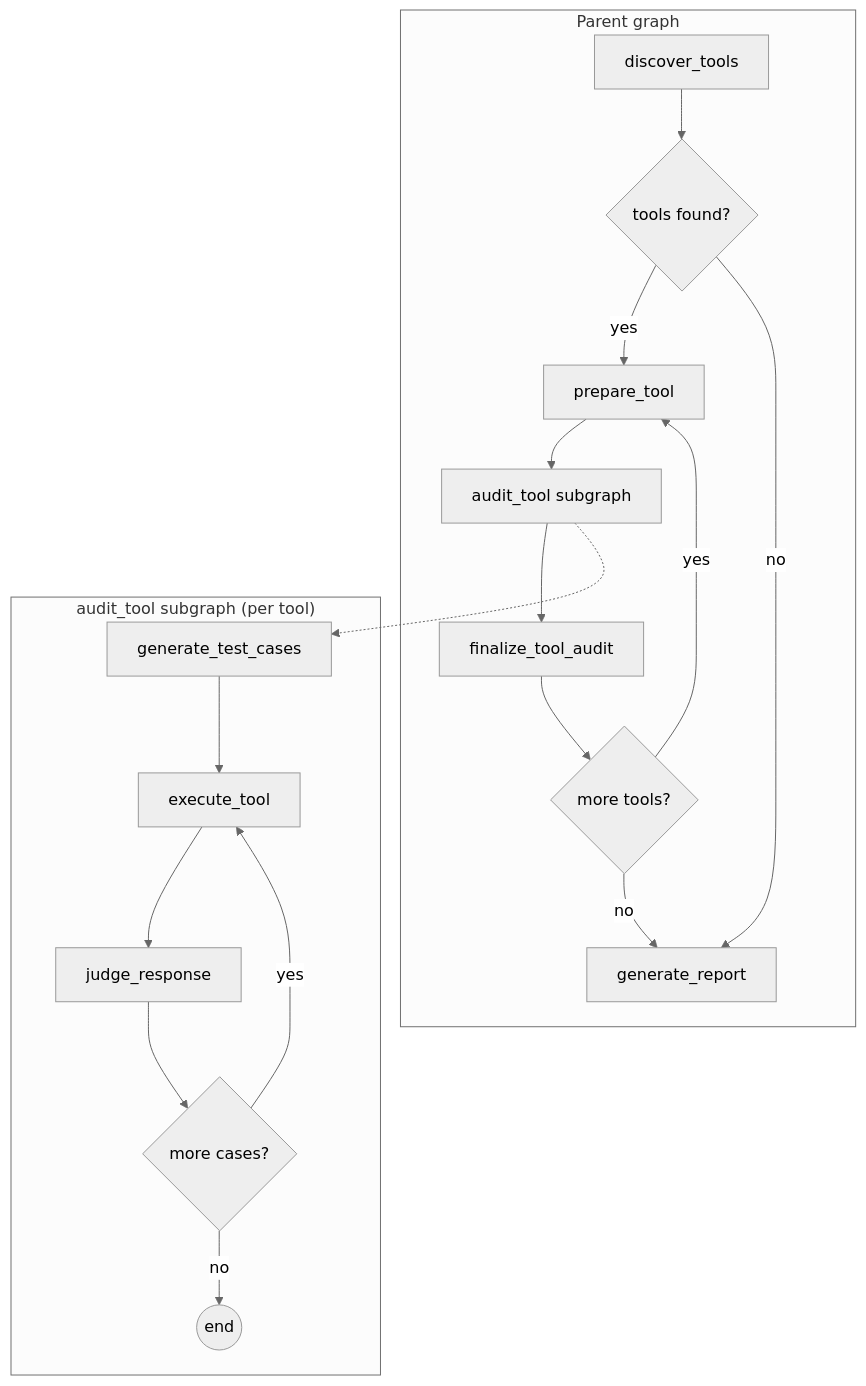
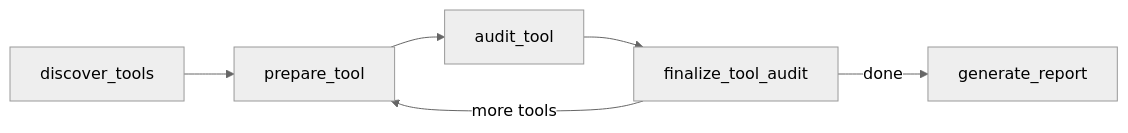
The first of 2 diagrams in README.md (mkrtchian/mcp-auditor), drawn with Mermaid (neutral theme) before and after one commit. The commit also changed other lines of this file, not shown here.

First line of the commit message:
docs(readme): add problem statement, design rationale, and split mermaid diagrams

````diff
--- a/README.md
+++ b/README.md
@@ -36,23 +43,8 @@
 ```mermaid
-graph TD
-    subgraph Parent["Parent graph"]
-        A[discover_tools] --> B{tools found?}
-        B -->|yes| C[prepare_tool]
-        B -->|no| G[generate_report]
-        C --> D[audit_tool subgraph]
-        D --> E[finalize_tool_audit]
-        E --> F{more tools?}
-        F -->|yes| C
-        F -->|no| G
-    end
-
-    subgraph Subgraph["audit_tool subgraph (per tool)"]
-        S1[generate_test_cases] --> S2[execute_tool]
-        S2 --> S3[judge_response]
-        S3 --> S4{more cases?}
-        S4 -->|yes| S2
-        S4 -->|no| S5((end))
-    end
-
-    D -.-> S1
+graph LR
+    A[discover_tools] --> B[prepare_tool]
+    B --> C[audit_tool]
+    C --> D[finalize_tool_audit]
+    D -->|more tools| B
+    D -->|done| E[generate_report]
 ```
````
